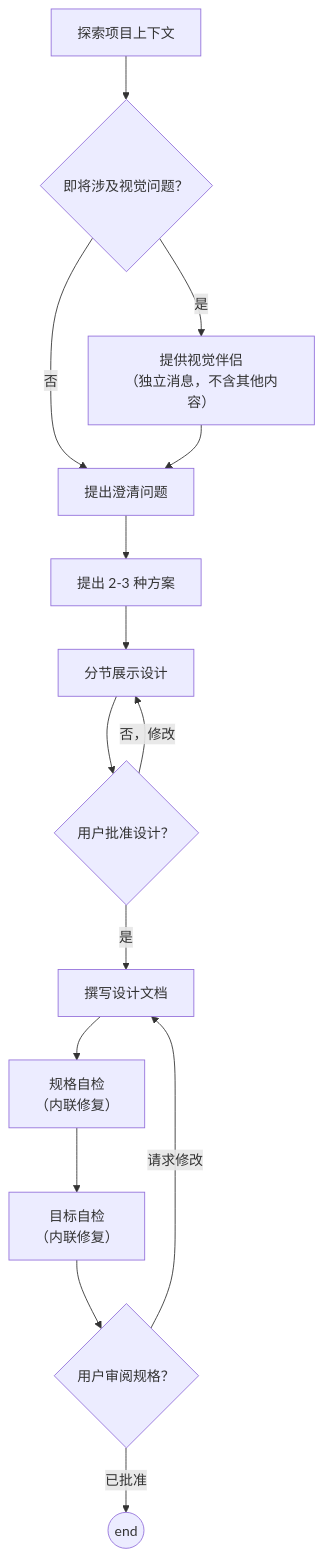
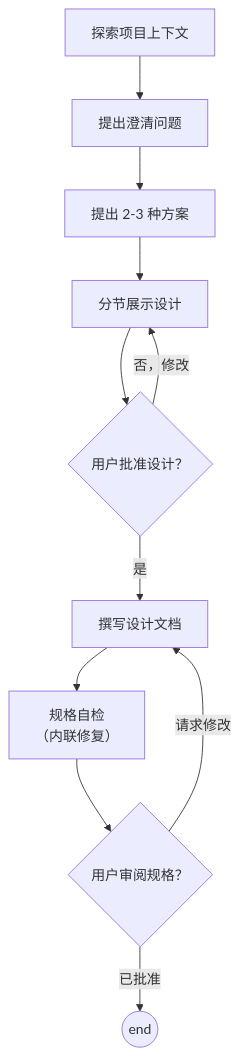
The diagram in skills/yo-dev/reference/brainstorm/SKILL.md (FireLeafone/yo-skills), drawn with Mermaid before and after one commit. The commit also changed other lines of this file and 7 other files, not shown here.

````diff
--- a/skills/yo-dev/reference/brainstorm/SKILL.md
+++ b/skills/yo-dev/reference/brainstorm/SKILL.md
@@ -36,17 +32,13 @@
 ```mermaid
 flowchart TD
-    A["探索项目上下文"] --> B{"即将涉及视觉问题？"}
-    B -->|"是"| C["提供视觉伴侣<br/>（独立消息，不含其他内容）"]
-    B -->|"否"| D["提出澄清问题"]
-    C --> D
-    D --> E["提出 2-3 种方案"]
-    E --> F["分节展示设计"]
-    F --> G{"用户批准设计？"}
-    G -->|"否，修改"| F
-    G -->|"是"| H["撰写设计文档"]
-    H --> I["规格自检<br/>（内联修复）"]
-    I --> J["目标自检<br/>（内联修复）"]
-    J --> K{"用户审阅规格？"}
-    K -->|"请求修改"| H
-    K -->|"已批准"| L(("end"))
+    A["探索项目上下文"] --> B["提出澄清问题"]
+    B --> C["提出 2-3 种方案"]
+    C --> D["分节展示设计"]
+    D --> E{"用户批准设计？"}
+    E -->|"否，修改"| D
+    E -->|"是"| F["撰写设计文档"]
+    F --> G["规格自检<br/>（内联修复）"]
+    G --> H{"用户审阅规格？"}
+    H -->|"请求修改"| F
+    H -->|"已批准"| I(("end"))
 ```
````
